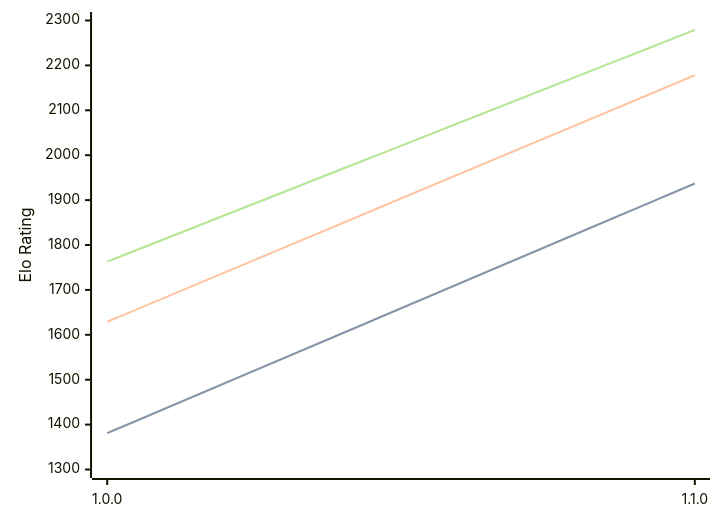
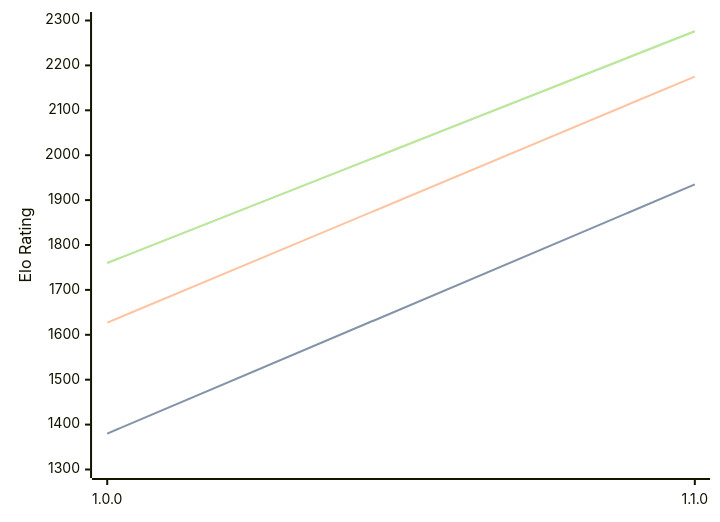
The diagram in engines/Akerbeltz.md (computer-chess-index/cci), drawn with Mermaid before and after one commit. The commit also changed other lines of this file, not shown here.

Commit message:
Update CCI Ratings (ELO VLTC) - 2026-06-08

````diff
--- a/engines/Akerbeltz.md
+++ b/engines/Akerbeltz.md
@@ -32,11 +32,11 @@
 ```mermaid
 %%{init: {"theme":"base","themeVariables":{"seriesColors:['#a3a3a3','#222221','#faa371']}}}%%
 xychart-beta
   x-axis ["1.0.0", "1.1.0"]
   y-axis "Elo Rating" 1300 --> 2300
-  line "STC (8.0+0.08s)" [1381, 1937]
-  line "STC (8.0+0.08s)" [1381, 1937]
-  line "LTC (60.0+0.60s)" [1629, 2178]
-  line "VLTC (2m24s+1.12s)" [1763, 2279]
-  line "VLTC (2m24s+1.12s)" [1763, 2279]
+  line "STC (8.0+0.08s)" [1380, 1935]
+  line "STC (8.0+0.08s)" [1380, 1935]
+  line "LTC (60.0+0.60s)" [1627, 2175]
+  line "VLTC (2m24s+1.12s)" [1760, 2276]
+  line "VLTC (2m24s+1.12s)" [1760, 2276]
 ```
````
